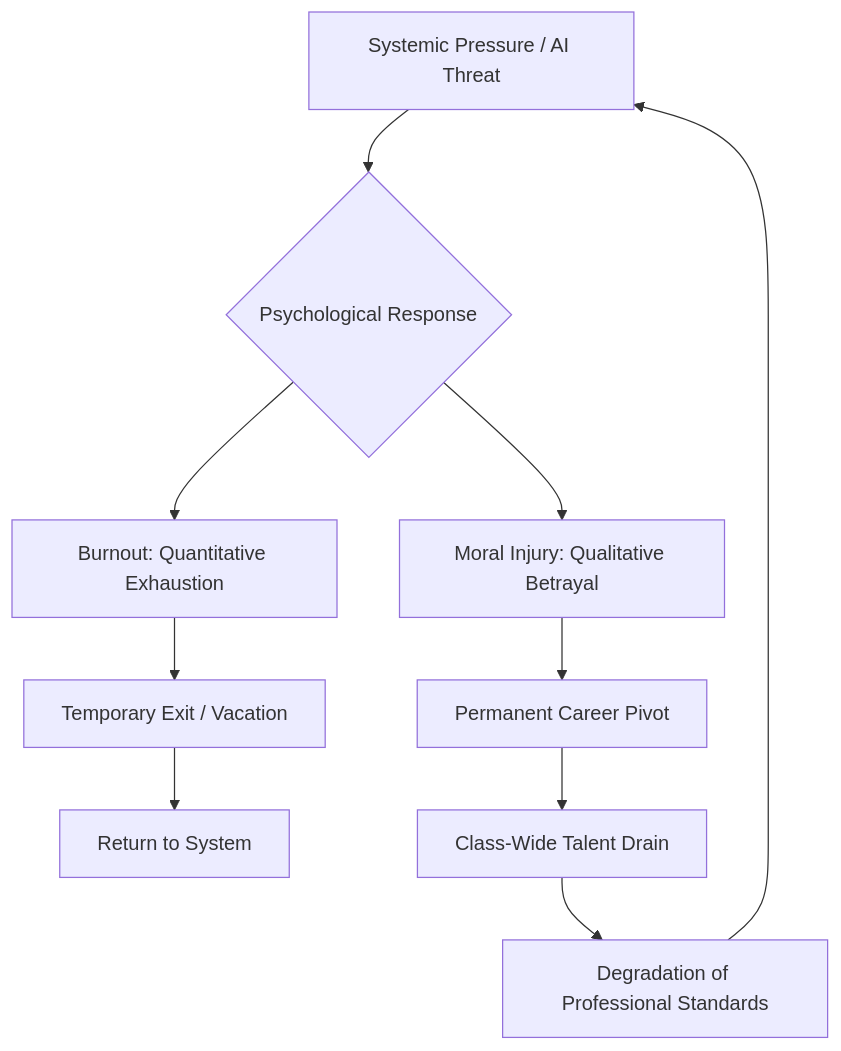
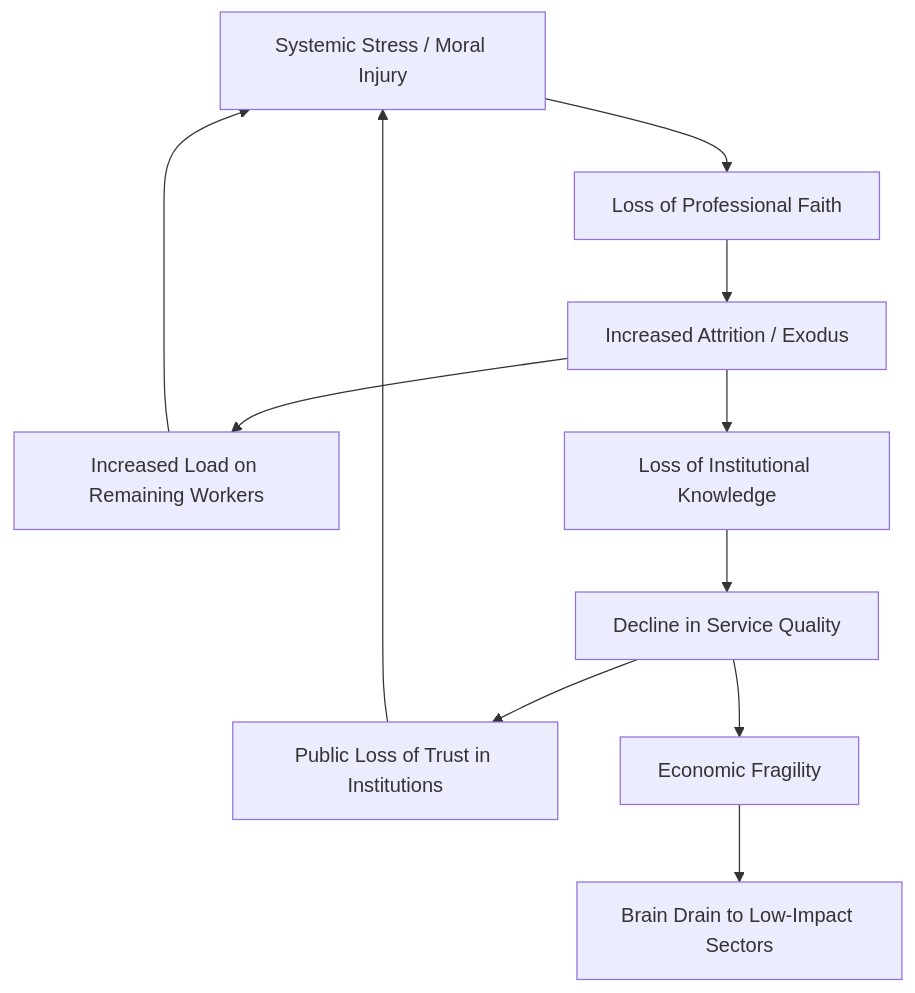
One commit to Thirupathi-pirate/ivy changed the diagram in blog-source/_posts/2026-08-08-what-happens-if-an-entire-class-of-workers-loses-faith-in-their-careers.md. Above: the diagram before and after it, drawn with Mermaid. The commit also changed other lines of this file, not shown here.

Commit message:
Add post: 2026-08-08-what-happens-if-an-entire-class-of-workers-loses-faith-in-their-careers.md [skip ci]

````diff
--- a/blog-source/_posts/2026-08-08-what-happens-if-an-entire-class-of-workers-loses-faith-in-their-careers.md
+++ b/blog-source/_posts/2026-08-08-what-happens-if-an-entire-class-of-workers-loses-faith-in-their-careers.md
@@ -103,12 +121,13 @@
 ```mermaid
 graph TD
-    A[Systemic Pressure / AI Threat] --> B{Psychological Response}
-    B --> C[Burnout: Quantitative Exhaustion]
-    B --> D[Moral Injury: Qualitative Betrayal]
-    C --> E[Temporary Exit / Vacation]
-    D --> F[Permanent Career Pivot]
-    E --> G[Return to System]
-    F --> H[Class-Wide Talent Drain]
-    H --> I[Degradation of Professional Standards]
-    I --> A
+    A[Systemic Stress / Moral Injury] --> B[Loss of Professional Faith]
+    B --> C[Increased Attrition / Exodus]
+    C --> D[Increased Load on Remaining Workers]
+    D --> A
+    C --> E[Loss of Institutional Knowledge]
+    E --> F[Decline in Service Quality]
+    F --> G[Public Loss of Trust in Institutions]
+    G --> A
+    F --> H[Economic Fragility]
+    H --> I[Brain Drain to Low-Impact Sectors]
 ```
````
